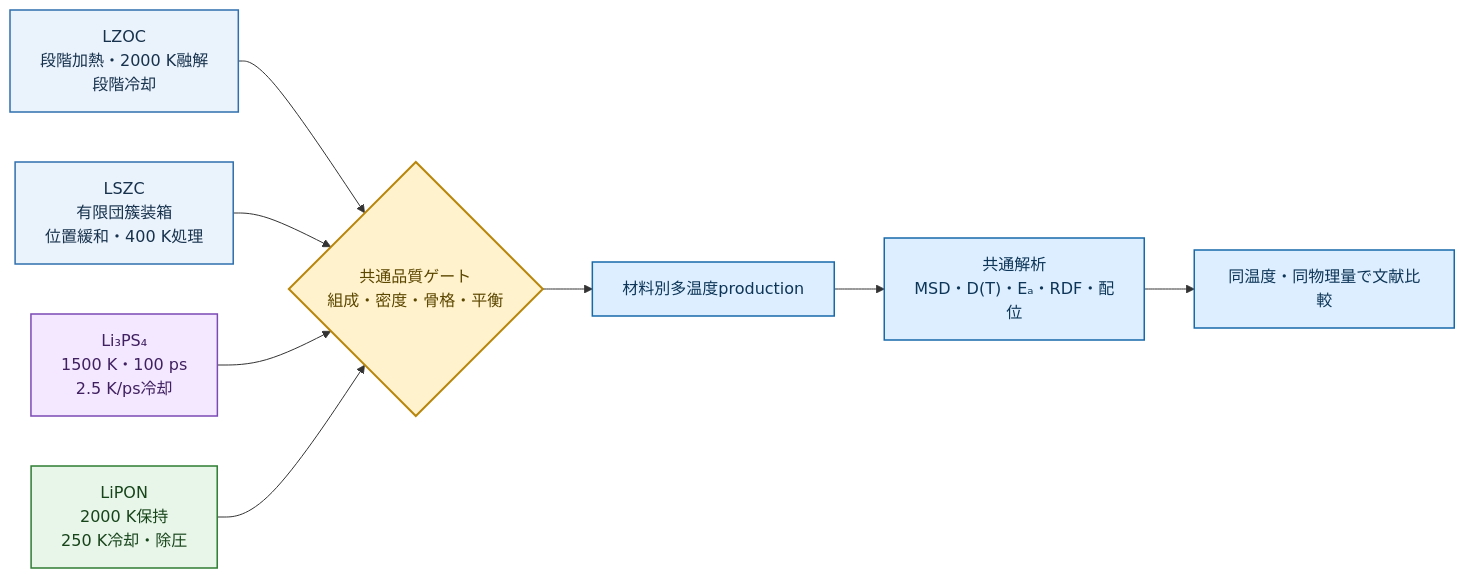
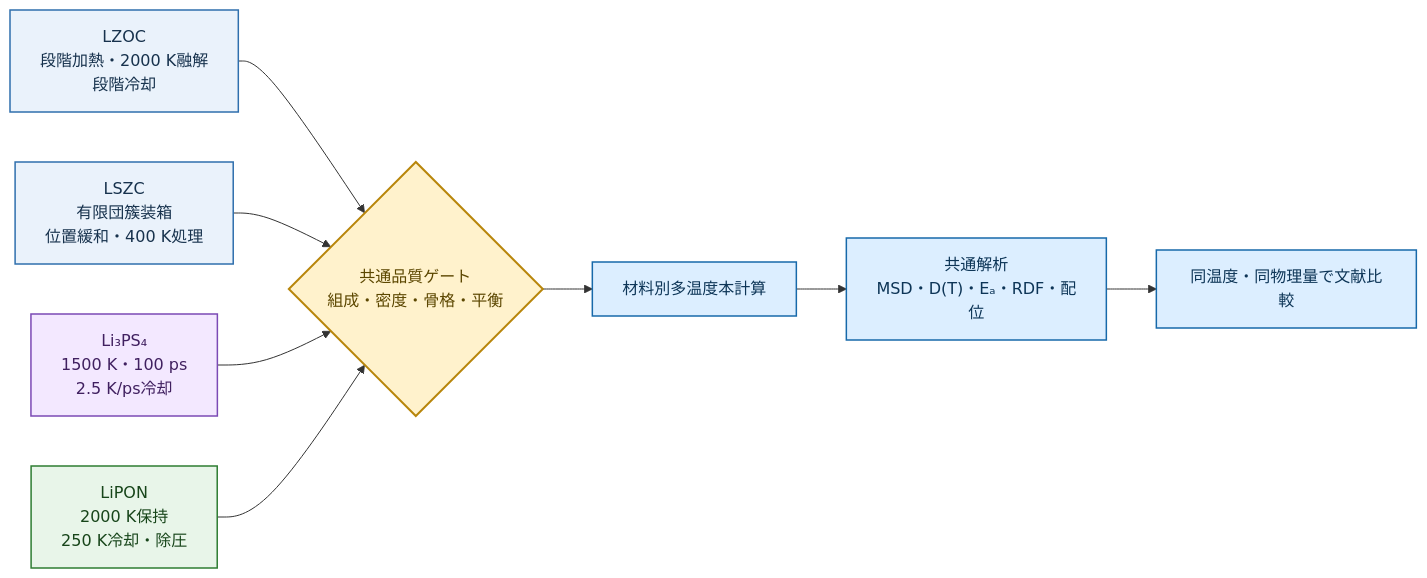
The fourth of 9 diagrams in docs/presentations/pretrained_potential_screening_proposal_7min_ja.md (Long-Brian-Yang/li-research), drawn with Mermaid before and after one commit. The commit also changed other lines of this file, not shown here.

````diff
--- a/docs/presentations/pretrained_potential_screening_proposal_7min_ja.md
+++ b/docs/presentations/pretrained_potential_screening_proposal_7min_ja.md
@@ -365,21 +365,21 @@
 ```mermaid
 flowchart LR
     A["LZOC<br/>段階加熱・2000 K融解<br/>段階冷却"] --> Q{"共通品質ゲート<br/>組成・密度・骨格・平衡"}
     B["LSZC<br/>有限団簇装箱<br/>位置緩和・400 K処理"] --> Q
     C["Li₃PS₄<br/>1500 K・100 ps<br/>2.5 K/ps冷却"] --> Q
     D["LiPON<br/>2000 K保持<br/>250 K冷却・除圧"] --> Q
-    Q --> T["材料別多温度production"]
+    Q --> T["材料別多温度本計算"]
     T --> R["共通解析<br/>MSD・D(T)・Eₐ・RDF・配位"]
     R --> P["同温度・同物理量で文献比較"]
 
     classDef halide fill:#eaf2fb,stroke:#2f6fad,color:#17324d,stroke-width:1.5px;
     classDef sulfur fill:#f3e8ff,stroke:#7b4ab5,color:#402060,stroke-width:1.5px;
     classDef lipon fill:#e8f5e9,stroke:#2e7d32,color:#17451a,stroke-width:1.5px;
     classDef gate fill:#fff2cc,stroke:#b8860b,color:#5c4700,stroke-width:2px;
     classDef calc fill:#dceeff,stroke:#1769aa,color:#0d3557,stroke-width:1.5px;
     class A,B halide;
     class C sulfur;
     class D lipon;
     class Q gate;
     class T,R,P calc;
 ```
````
